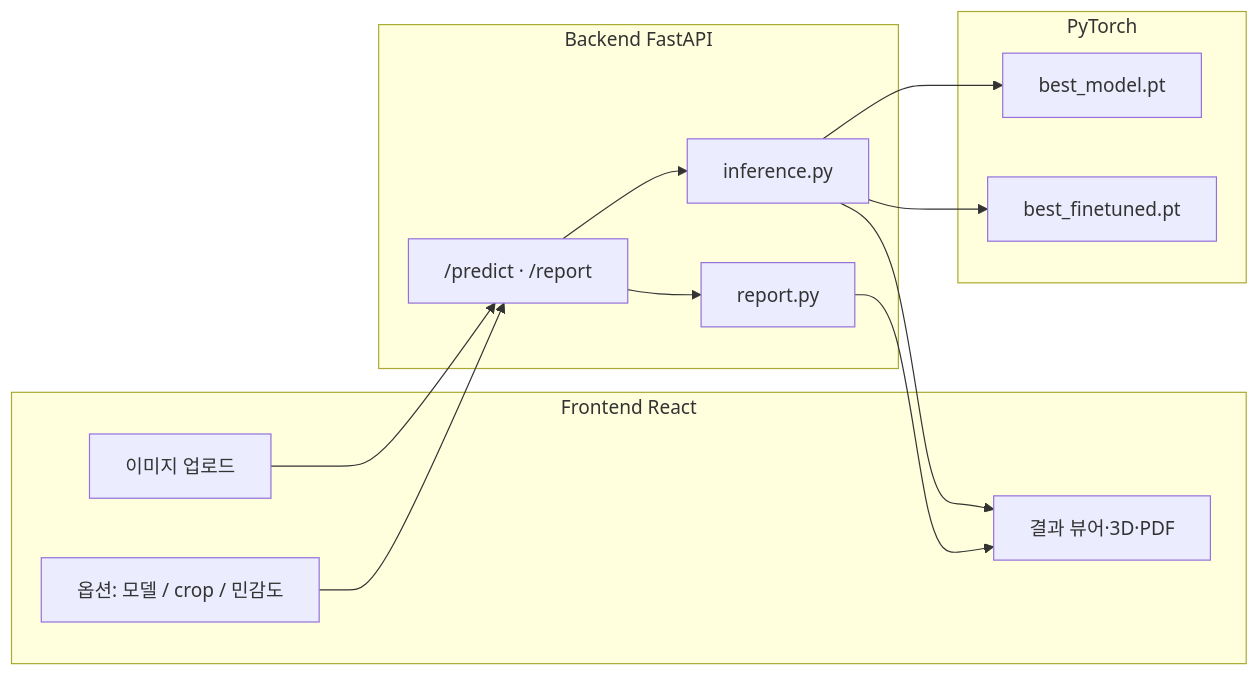
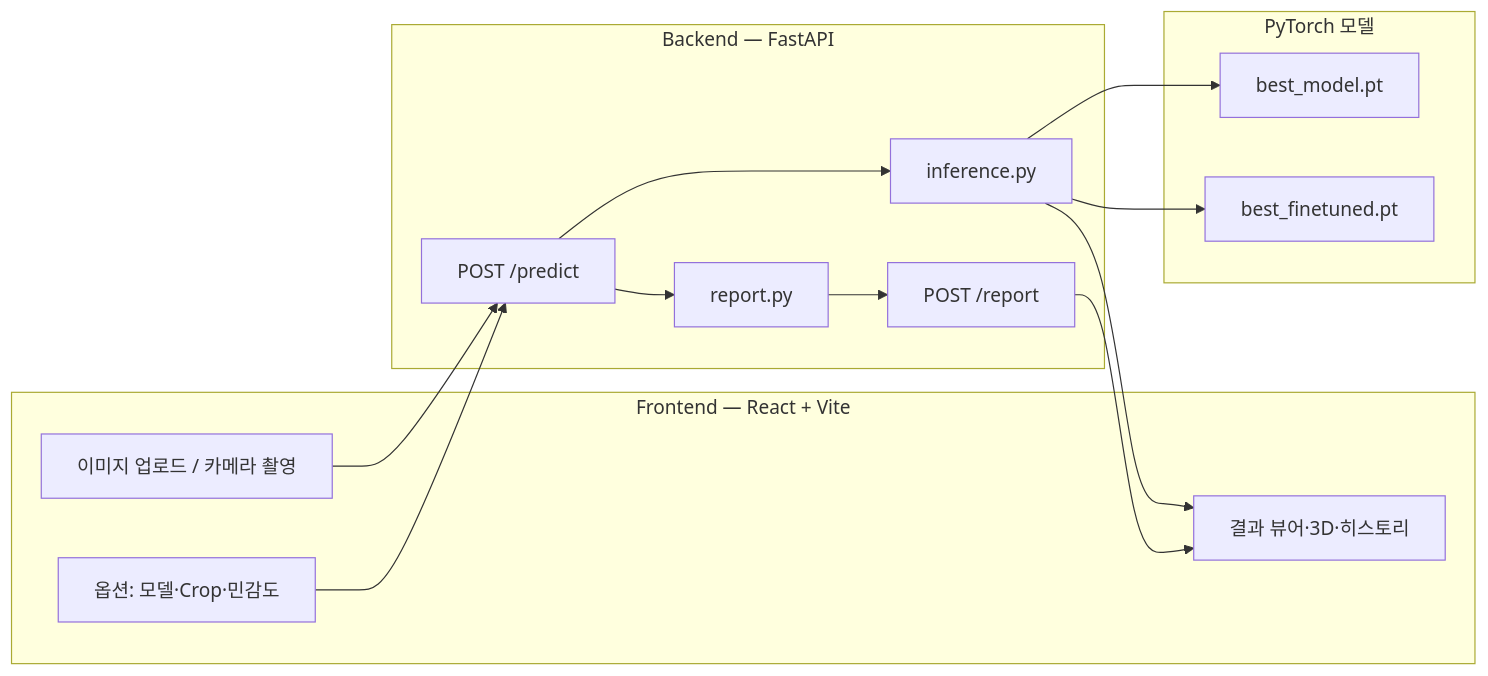
Before and after one commit to bearivh/ArtiFix: the diagram in README.md, drawn with Mermaid. The commit also changed other lines of this file and 28 other files, not shown here.

````diff
--- a/README.md
+++ b/README.md
@@ -84,28 +187,30 @@
 ```mermaid
 flowchart LR
-  subgraph client [Frontend React]
-    Upload[이미지 업로드]
-    Options[옵션: 모델 / crop / 민감도]
-    Viewer[결과 뷰어·3D·PDF]
+  subgraph client [Frontend — React + Vite]
+    Upload[이미지 업로드 / 카메라 촬영]
+    Options[옵션: 모델·Crop·민감도]
+    Viewer[결과 뷰어·3D·히스토리]
   end
 
-  subgraph server [Backend FastAPI]
-    API["/predict · /report"]
+  subgraph server [Backend — FastAPI]
+    Predict[POST /predict]
+    Report[POST /report]
     Inf[inference.py]
     Rep[report.py]
   end
 
-  subgraph model [PyTorch]
-    W1[best_model.pt]
-    W2[best_finetuned.pt]
+  subgraph model [PyTorch 모델]
+    Base[best_model.pt]
+    FT[best_finetuned.pt]
   end
 
-  Upload --> API
-  Options --> API
-  API --> Inf
-  Inf --> W1
-  Inf --> W2
+  Upload --> Predict
+  Options --> Predict
+  Predict --> Inf
+  Inf --> Base
+  Inf --> FT
   Inf --> Viewer
-  API --> Rep
-  Rep --> Viewer
+  Predict --> Rep
+  Rep --> Report
+  Report --> Viewer
 ```
````
